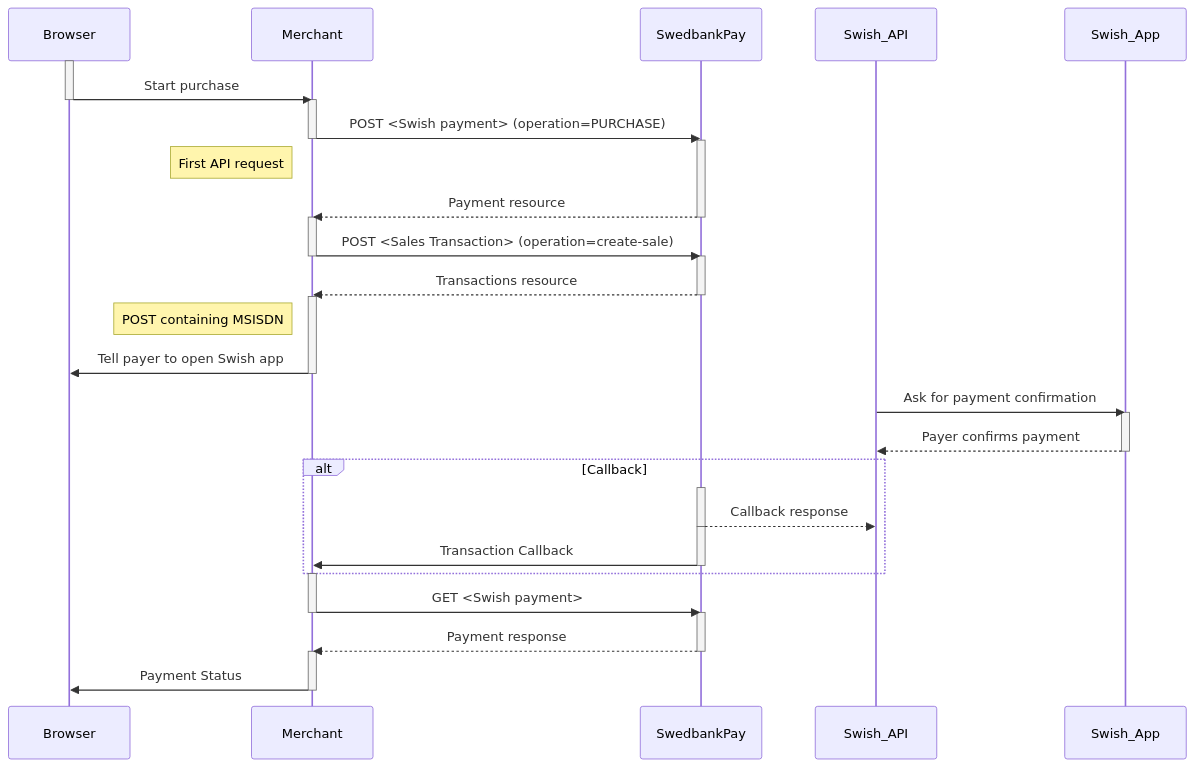
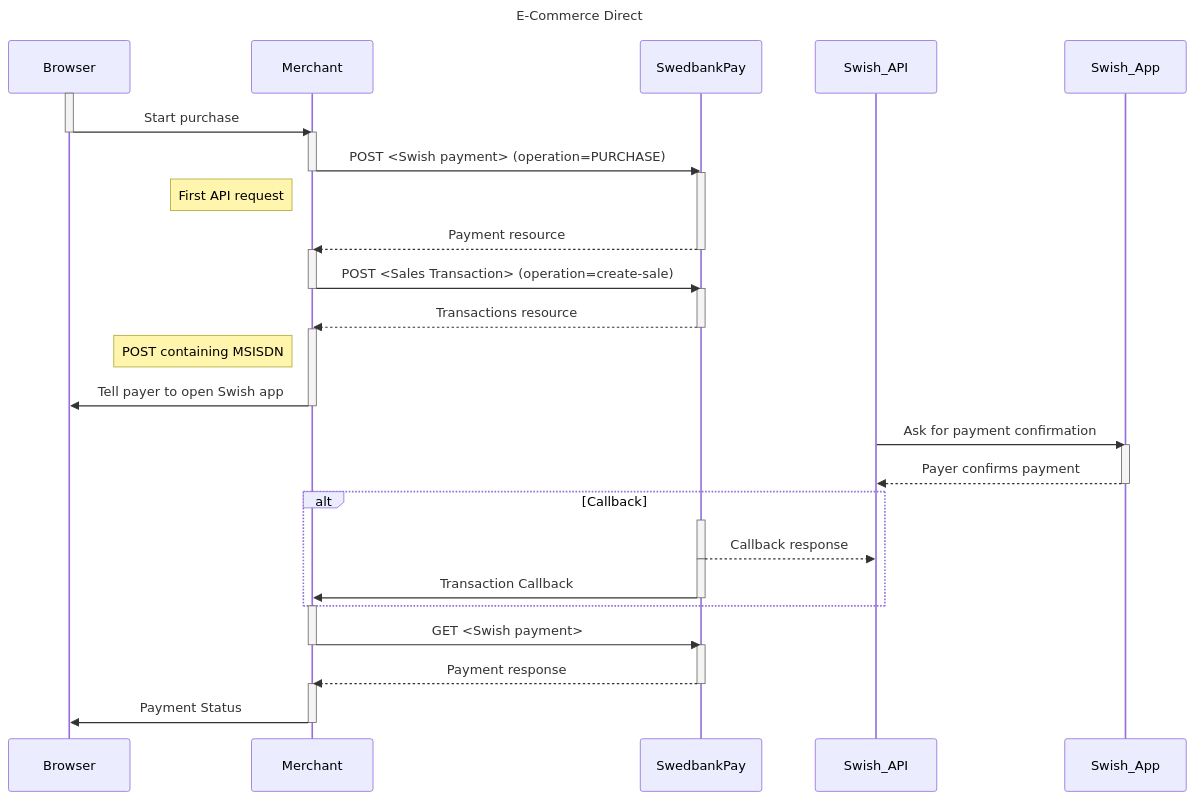
Before and after one commit to SwedbankPay/developer.swedbankpay.com: the first of 2 diagrams in old-implementations/payment-instruments-v1/swish/direct.md, drawn with Mermaid. The commit also changed other lines of this file and 66 other files, not shown here.

Commit message:
Added titles in sequence diagrams

````diff
--- a/old-implementations/payment-instruments-v1/swish/direct.md
+++ b/old-implementations/payment-instruments-v1/swish/direct.md
@@ -229,35 +229,36 @@
 ```mermaid
 sequenceDiagram
+title: E-Commerce Direct
     activate Browser
     Browser->>-Merchant: Start purchase
     activate Merchant
     Merchant->>-SwedbankPay: POST <Swish payment> (operation=PURCHASE)
     activate  SwedbankPay
     note left of Merchant: First API request
     SwedbankPay-->>-Merchant: Payment resource
     activate Merchant
 
     Merchant->>- SwedbankPay: POST <Sales Transaction> (operation=create-sale)
     activate  SwedbankPay
     SwedbankPay-->>-Merchant: Transactions resource
     activate Merchant
     note left of Merchant: POST containing MSISDN
     Merchant->>-Browser: Tell payer to open Swish app
     Swish_API->>Swish_App: Ask for payment confirmation
     activate Swish_App
     Swish_App-->>-Swish_API: Payer confirms payment
 
         alt Callback
         activate SwedbankPay
         SwedbankPay-->>-Swish_API: Callback response
         activate SwedbankPay
         SwedbankPay->>-Merchant: Transaction Callback
         end
 
     activate Merchant
     Merchant->>- SwedbankPay: GET <Swish payment>
     activate  SwedbankPay
     SwedbankPay-->>-Merchant: Payment response
     activate Merchant
     Merchant->>-Browser: Payment Status
 ```
````
